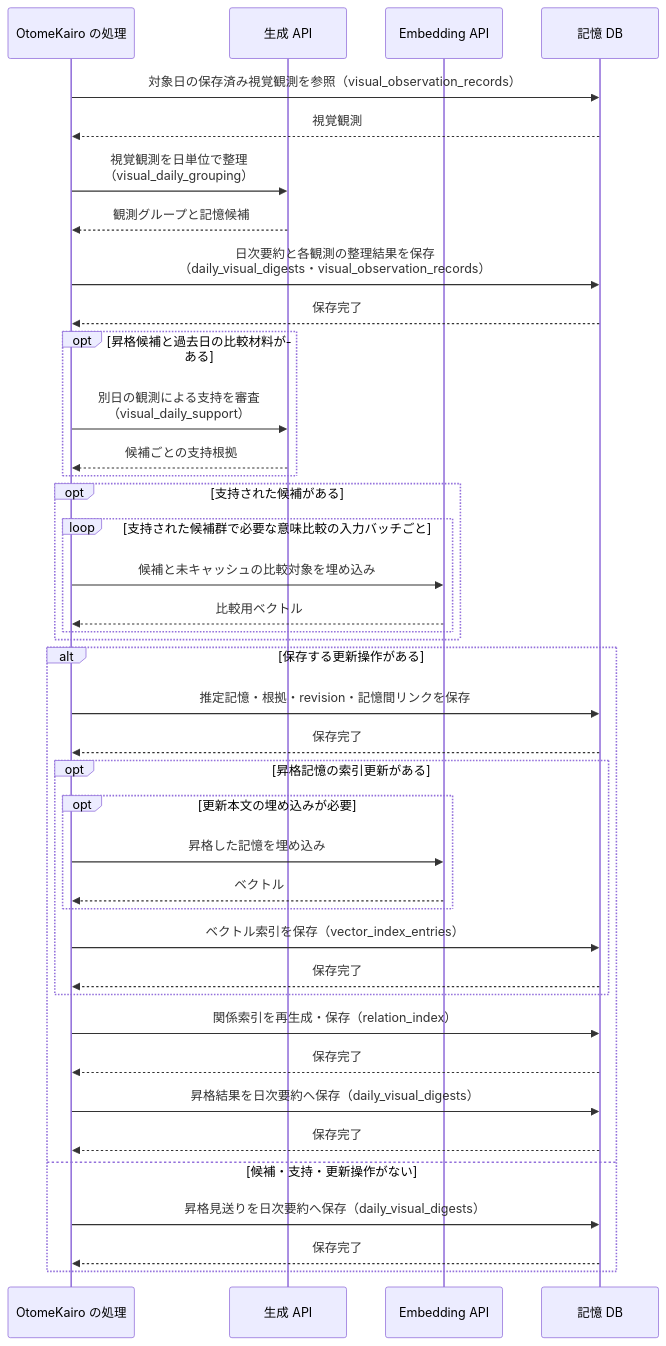
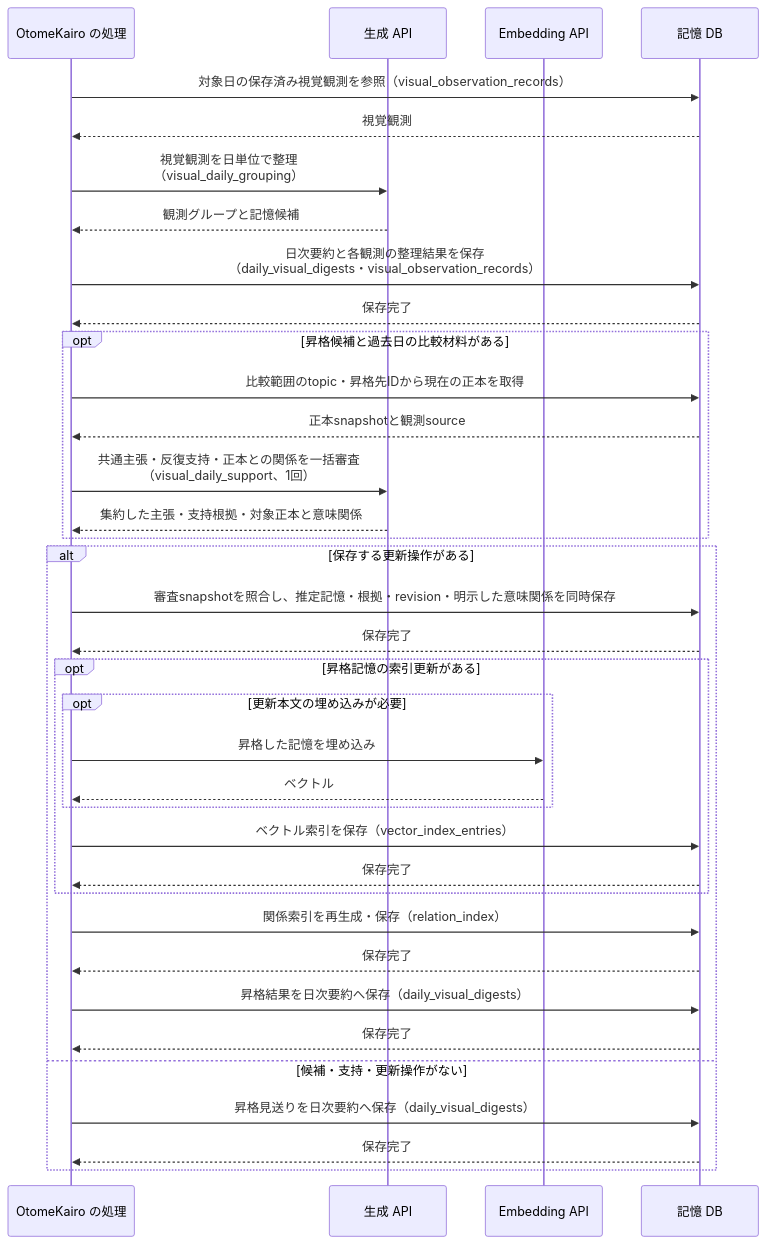
The sixth of 7 diagrams in docs/design/llm/LLM呼び出しシーケンス.md (hirona98/OtomeKairo), drawn with Mermaid before and after one commit. The commit also changed 11 other files, not shown here.

````diff
--- a/docs/design/llm/LLM呼び出しシーケンス.md
+++ b/docs/design/llm/LLM呼び出しシーケンス.md
@@ -486,43 +486,39 @@
 ```mermaid
 sequenceDiagram
     participant C as OtomeKairo の処理
     participant L as 生成 API
     participant E as Embedding API
     participant D as 記憶 DB
 
     C->>D: 対象日の保存済み視覚観測を参照（visual_observation_records）
     D-->>C: 視覚観測
     C->>L: 視覚観測を日単位で整理<br>（visual_daily_grouping）
     L-->>C: 観測グループと記憶候補
     C->>D: 日次要約と各観測の整理結果を保存<br>（daily_visual_digests・visual_observation_records）
     D-->>C: 保存完了
     opt 昇格候補と過去日の比較材料がある
-        C->>L: 別日の観測による支持を審査<br>（visual_daily_support）
-        L-->>C: 候補ごとの支持根拠
-    end
-    opt 支持された候補がある
-        loop 支持された候補群で必要な意味比較の入力バッチごと
-            C->>E: 候補と未キャッシュの比較対象を埋め込み
-            E-->>C: 比較用ベクトル
-        end
+        C->>D: 比較範囲のtopic・昇格先IDから現在の正本を取得
+        D-->>C: 正本snapshotと観測source
+        C->>L: 共通主張・反復支持・正本との関係を一括審査<br>（visual_daily_support、1回）
+        L-->>C: 集約した主張・支持根拠・対象正本と意味関係
     end
     alt 保存する更新操作がある
-        C->>D: 推定記憶・根拠・revision・記憶間リンクを保存
+        C->>D: 審査snapshotを照合し、推定記憶・根拠・revision・明示した意味関係を同時保存
         D-->>C: 保存完了
         opt 昇格記憶の索引更新がある
             opt 更新本文の埋め込みが必要
                 C->>E: 昇格した記憶を埋め込み
                 E-->>C: ベクトル
             end
             C->>D: ベクトル索引を保存（vector_index_entries）
             D-->>C: 保存完了
         end
         C->>D: 関係索引を再生成・保存（relation_index）
         D-->>C: 保存完了
         C->>D: 昇格結果を日次要約へ保存（daily_visual_digests）
         D-->>C: 保存完了
     else 候補・支持・更新操作がない
         C->>D: 昇格見送りを日次要約へ保存（daily_visual_digests）
         D-->>C: 保存完了
     end
 ```
````
